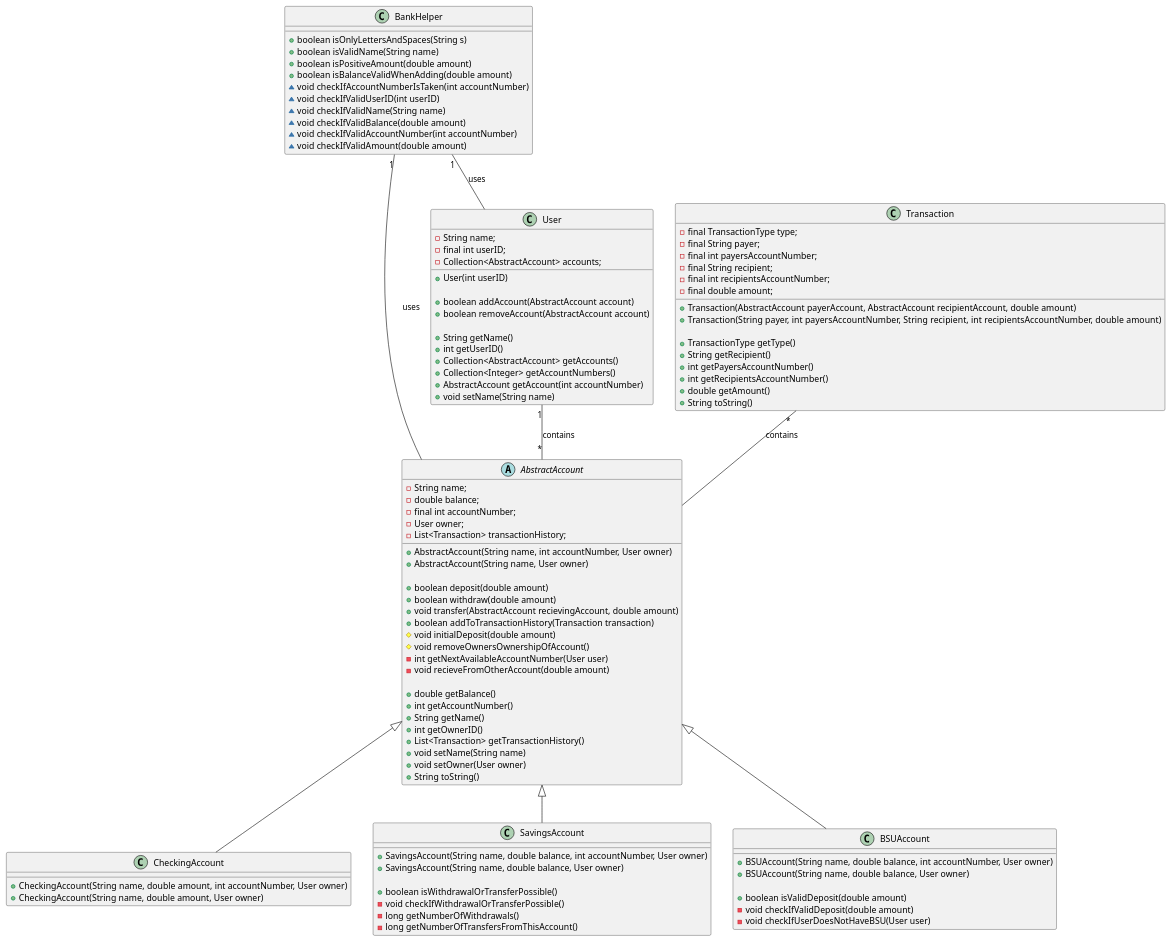
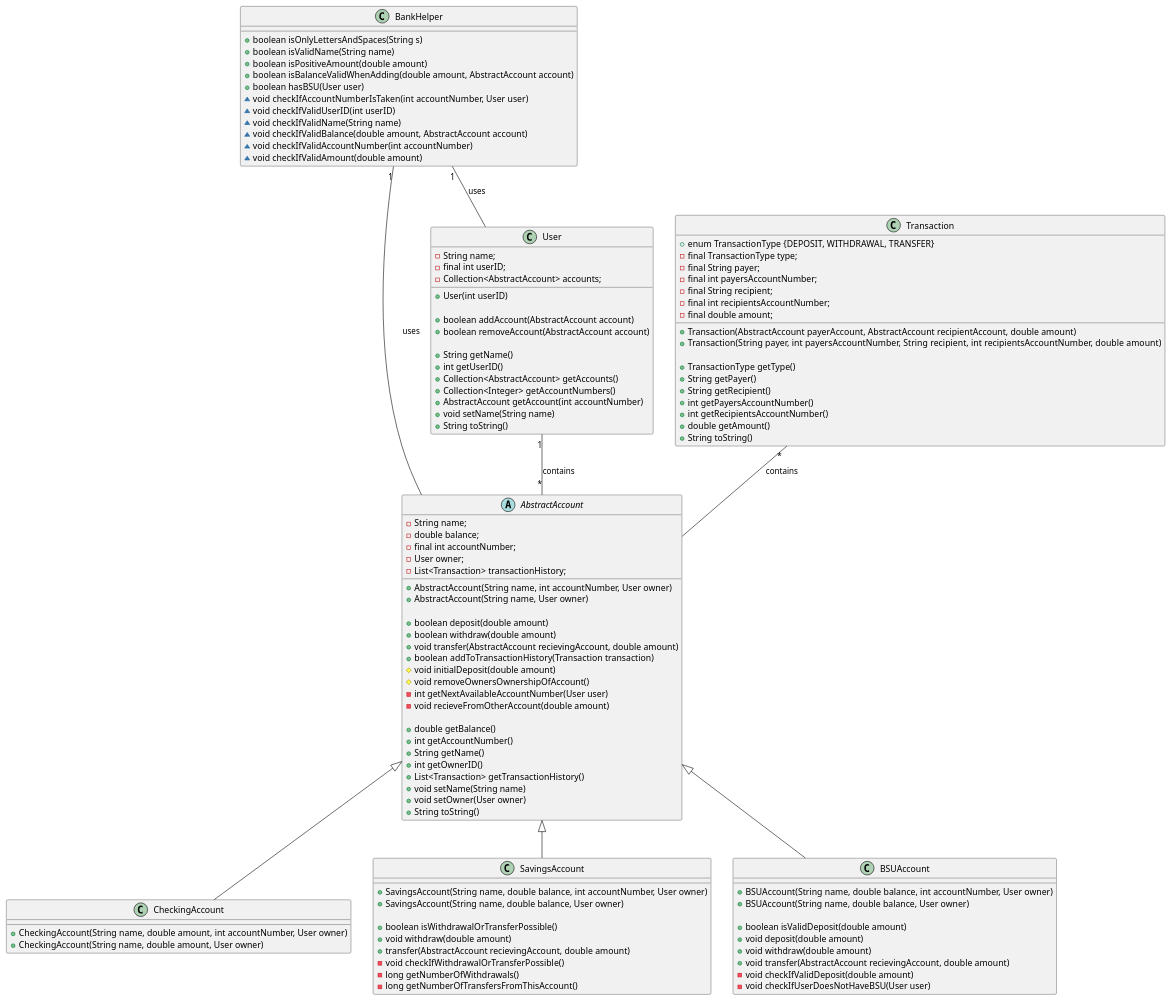
The diagram in cash-flow/Classdiagram.puml (hansjhaland/CashFlow_RESTapi_JavaFX), drawn with PlantUML before and after one commit. The commit also changed 4 other files, not shown here.

Commit message:
Lagt inn ferdig kode for class,- architecture,- og sequencediagram.puml

```diff
--- a/cash-flow/Classdiagram.puml
+++ b/cash-flow/Classdiagram.puml
@@ -1,121 +1,130 @@
 @startuml
 
 abstract class AbstractAccount {
     - String name;
     - double balance;
     - final int accountNumber;
     - User owner;
     - List<Transaction> transactionHistory;
     
     + AbstractAccount(String name, int accountNumber, User owner)
     + AbstractAccount(String name, User owner)
     
     + boolean deposit(double amount)
     + boolean withdraw(double amount)
     + void transfer(AbstractAccount recievingAccount, double amount)
     + boolean addToTransactionHistory(Transaction transaction)
     # void initialDeposit(double amount)
     # void removeOwnersOwnershipOfAccount()
     - int getNextAvailableAccountNumber(User user)
     - void recieveFromOtherAccount(double amount)
     
     + double getBalance()
     + int getAccountNumber()
     + String getName()
     + int getOwnerID()
     + List<Transaction> getTransactionHistory()
     + void setName(String name)
     + void setOwner(User owner)
     + String toString()
 }
 
 class CheckingAccount {
     + CheckingAccount(String name, double amount, int accountNumber, User owner)
     + CheckingAccount(String name, double amount, User owner)
 }
 
 class SavingsAccount {
     + SavingsAccount(String name, double balance, int accountNumber, User owner)
     + SavingsAccount(String name, double balance, User owner)
     
     + boolean isWithdrawalOrTransferPossible()
+    + void withdraw(double amount)
+    + transfer(AbstractAccount recievingAccount, double amount)
     - void checkIfWithdrawalOrTransferPossible()
     - long getNumberOfWithdrawals()
     - long getNumberOfTransfersFromThisAccount()
 }
 
 class BSUAccount {
     + BSUAccount(String name, double balance, int accountNumber, User owner)
     + BSUAccount(String name, double balance, User owner)
     
     + boolean isValidDeposit(double amount)
+    + void deposit(double amount)
+    + void withdraw(double amount)
+    + void transfer(AbstractAccount recievingAccount, double amount)
     - void checkIfValidDeposit(double amount)
     - void checkIfUserDoesNotHaveBSU(User user)
 }
 
 class User {
     - String name;
     - final int userID;
     - Collection<AbstractAccount> accounts;
     
     + User(int userID)
     
     + boolean addAccount(AbstractAccount account)
     + boolean removeAccount(AbstractAccount account)
     
     + String getName()
     + int getUserID()
     + Collection<AbstractAccount> getAccounts()
     + Collection<Integer> getAccountNumbers()
     + AbstractAccount getAccount(int accountNumber)
     + void setName(String name)
+    + String toString()
 
 }
 
 class Transaction {
+    + enum TransactionType {DEPOSIT, WITHDRAWAL, TRANSFER}
     - final TransactionType type;
     - final String payer;
     - final int payersAccountNumber;
     - final String recipient;
     - final int recipientsAccountNumber;
     - final double amount;
     
     + Transaction(AbstractAccount payerAccount, AbstractAccount recipientAccount, double amount)
     + Transaction(String payer, int payersAccountNumber, String recipient, int recipientsAccountNumber, double amount)
     
     + TransactionType getType()
+    + String getPayer()
     + String getRecipient()
     + int getPayersAccountNumber()
     + int getRecipientsAccountNumber()
     + double getAmount()
     + String toString()
 }
 
 class BankHelper {
     + boolean isOnlyLettersAndSpaces(String s)
     + boolean isValidName(String name)
     + boolean isPositiveAmount(double amount)
-    + boolean isBalanceValidWhenAdding(double amount)
-    ~ void checkIfAccountNumberIsTaken(int accountNumber)
+    + boolean isBalanceValidWhenAdding(double amount, AbstractAccount account)
+    + boolean hasBSU(User user)
+    ~ void checkIfAccountNumberIsTaken(int accountNumber, User user)
     ~ void checkIfValidUserID(int userID)
     ~ void checkIfValidName(String name)
-    ~ void checkIfValidBalance(double amount)
+    ~ void checkIfValidBalance(double amount, AbstractAccount account)
     ~ void checkIfValidAccountNumber(int accountNumber)
     ~ void checkIfValidAmount(double amount)
 }
 
 
 AbstractAccount <|-- CheckingAccount 
 AbstractAccount <|-- SavingsAccount 
 AbstractAccount <|-- BSUAccount 
 
 User "1" -- "*" AbstractAccount : contains
 
 Transaction "*" -- AbstractAccount : contains
 
 BankHelper "1" -- AbstractAccount : uses
 
 BankHelper "1" -- User : uses
 
 
 @enduml
```
